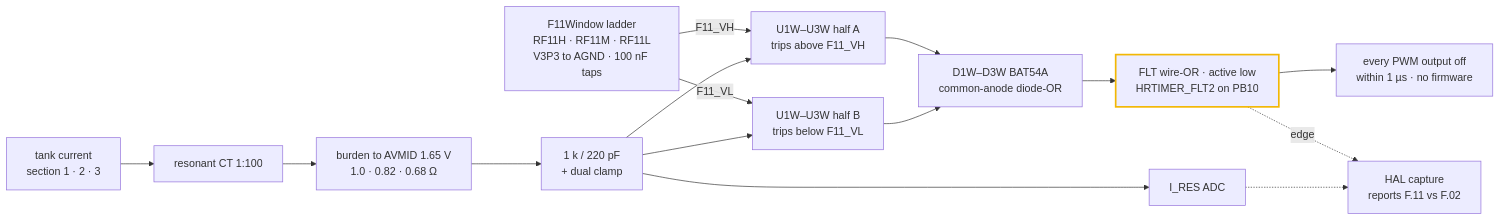
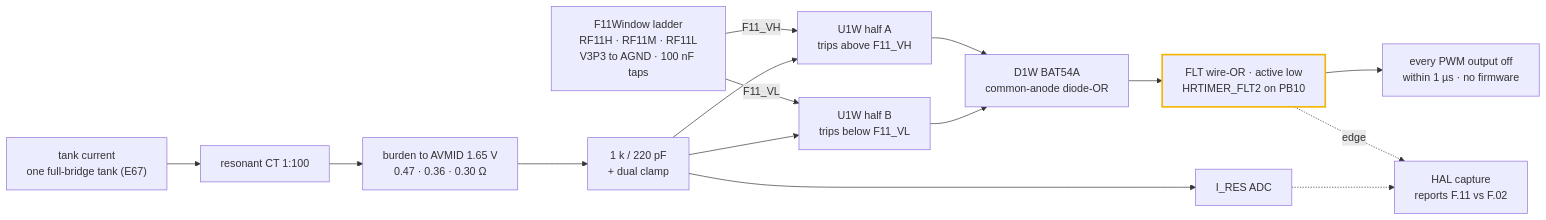
The fourth of 4 diagrams in docs/current-coordination.md (vectivolt/DC-Modules), drawn with Mermaid before and after one commit. The commit also changed other lines of this file and 121 other files, not shown here.

````diff
--- a/docs/current-coordination.md
+++ b/docs/current-coordination.md
@@ -190,18 +207,18 @@
 ```mermaid
 flowchart LR
-  IP["tank current<br/>section 1 · 2 · 3"] --> CT["resonant CT 1:100"]
-  CT --> RB["burden to AVMID 1.65 V<br/>1.0 · 0.82 · 0.68 Ω"]
+  IP["tank current<br/>one full-bridge tank (E67)"] --> CT["resonant CT 1:100"]
+  CT --> RB["burden to AVMID 1.65 V<br/>0.47 · 0.36 · 0.30 Ω"]
   RB --> RC["1 k / 220 pF<br/>+ dual clamp"]
   LAD["F11Window ladder<br/>RF11H · RF11M · RF11L<br/>V3P3 to AGND · 100 nF taps"] -->|"F11_VH"| CA
   LAD -->|"F11_VL"| CB
-  RC --> CA["U1W–U3W half A<br/>trips above F11_VH"]
-  RC --> CB["U1W–U3W half B<br/>trips below F11_VL"]
-  CA --> D["D1W–D3W BAT54A<br/>common-anode diode-OR"]
+  RC --> CA["U1W half A<br/>trips above F11_VH"]
+  RC --> CB["U1W half B<br/>trips below F11_VL"]
+  CA --> D["D1W BAT54A<br/>common-anode diode-OR"]
   CB --> D
   D --> FLT["FLT wire-OR · active low<br/>HRTIMER_FLT2 on PB10"]
   FLT --> OFF["every PWM output off<br/>within 1 µs · no firmware"]
   RC --> ADC["I_RES ADC"]
   FLT -.->|"edge"| HAL["HAL capture<br/>reports F.11 vs F.02"]
   ADC -.-> HAL
   style FLT stroke:#f2b705,stroke-width:2.5px
 ```
````
